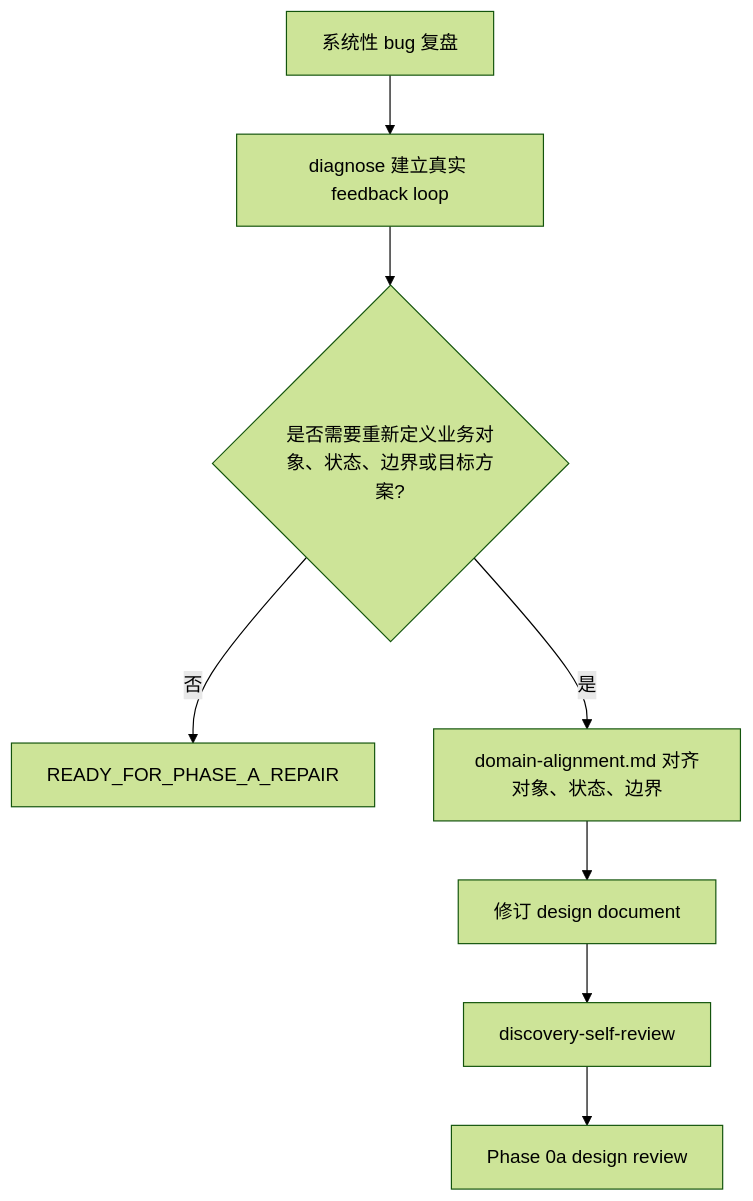
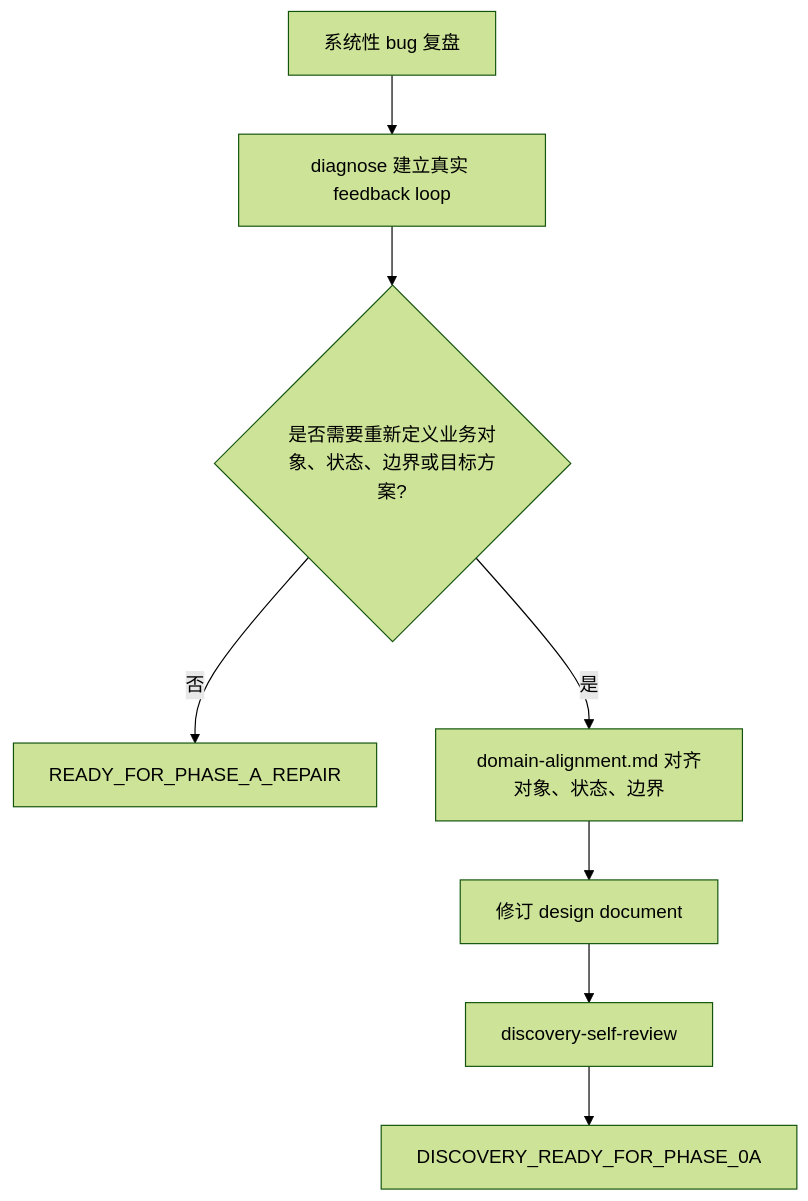
Before and after one commit to chancheuklap/multi-model-workflow: the second of 2 diagrams in .agents/skills/orchestrate-discovery/references/bug-input.md, drawn with Mermaid (forest theme). The commit also changed 1 other file, not shown here.

Commit message:
docs(discovery): stop input flows at discovery verdict

````diff
--- a/.agents/skills/orchestrate-discovery/references/bug-input.md
+++ b/.agents/skills/orchestrate-discovery/references/bug-input.md
@@ -54,10 +54,10 @@
 ```mermaid
 flowchart TD
     A["系统性 bug 复盘"] --> B["diagnose 建立真实 feedback loop"]
     B --> C{"是否需要重新定义业务对象、状态、边界或目标方案?"}
     C -->|否| D["READY_FOR_PHASE_A_REPAIR"]
     C -->|是| E["domain-alignment.md 对齐对象、状态、边界"]
     E --> F["修订 design document"]
     F --> G["discovery-self-review"]
-    G --> H["Phase 0a design review"]
+    G --> H["DISCOVERY_READY_FOR_PHASE_0A"]
 ```
````
